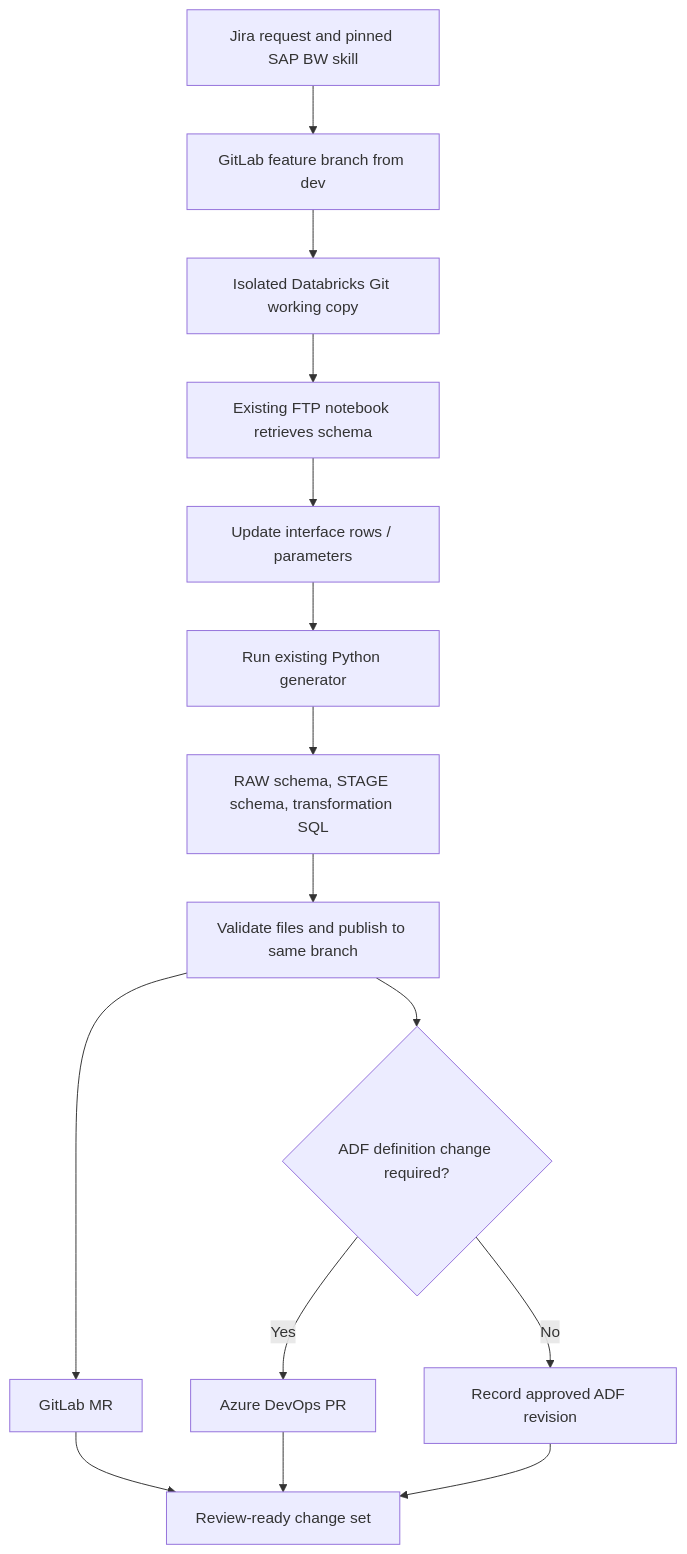
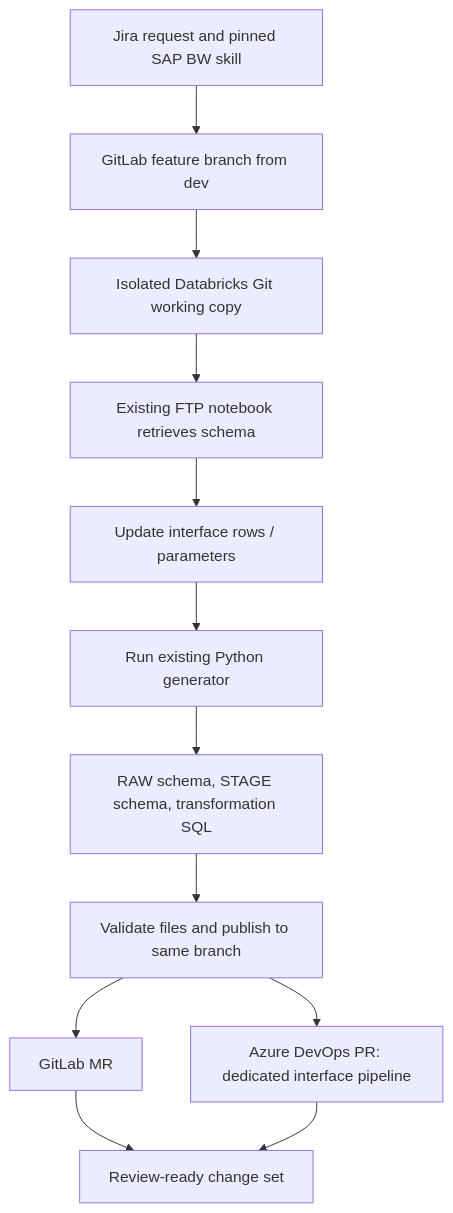
Before and after one commit to dorovladcodex/ai-data-integration-platform: the first of 2 diagrams in docs/sap-bw.md, drawn with Mermaid. The commit also changed other lines of this file and 5 other files, not shown here.

Commit message:
Confirm full-cycle contribution and dedicated SAP BW interface pipelines

````diff
--- a/docs/sap-bw.md
+++ b/docs/sap-bw.md
@@ -13,17 +13,14 @@
 ```mermaid
 flowchart TB
     A["Jira request and pinned SAP BW skill"] --> B["GitLab feature branch from dev"]
     B --> C["Isolated Databricks Git working copy"]
     C --> D["Existing FTP notebook retrieves schema"]
     D --> E["Update interface rows / parameters"]
     E --> F["Run existing Python generator"]
     F --> G["RAW schema, STAGE schema, transformation SQL"]
     G --> V["Validate files and publish to same branch"]
     V --> M["GitLab MR"]
-    V --> Q{"ADF definition change required?"}
-    Q -->|Yes| P["Azure DevOps PR"]
-    Q -->|No| R["Record approved ADF revision"]
+    V --> P["Azure DevOps PR: dedicated interface pipeline"]
     M --> H["Review-ready change set"]
     P --> H
-    R --> H
 ```
````
